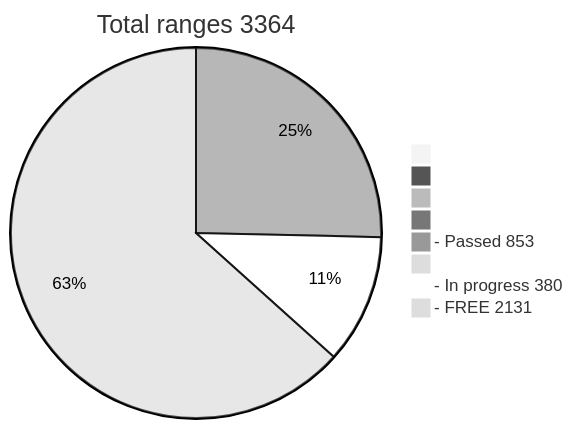
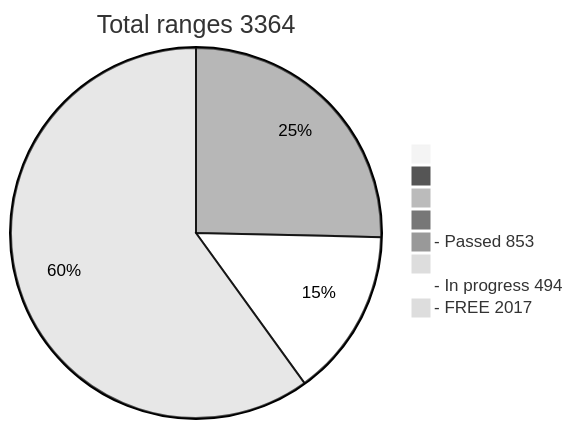
Before and after one commit to phrutis/wif500: the diagram in README.md, drawn with Mermaid (neutral theme).

````diff
--- a/README.md
+++ b/README.md
@@ -16,11 +16,11 @@
 ```mermaid
 pie title Total ranges 3364
              " " : 0
             "  " : 0
            "   " : 0
           "    " : 0
   "- Passed 853" : 853
          "     " : 0
-  "- In progress 380" : 380
-   "- FREE 2131" : 2131
+  "- In progress 494" : 494
+   "- FREE 2017" : 2017
 ```
````
